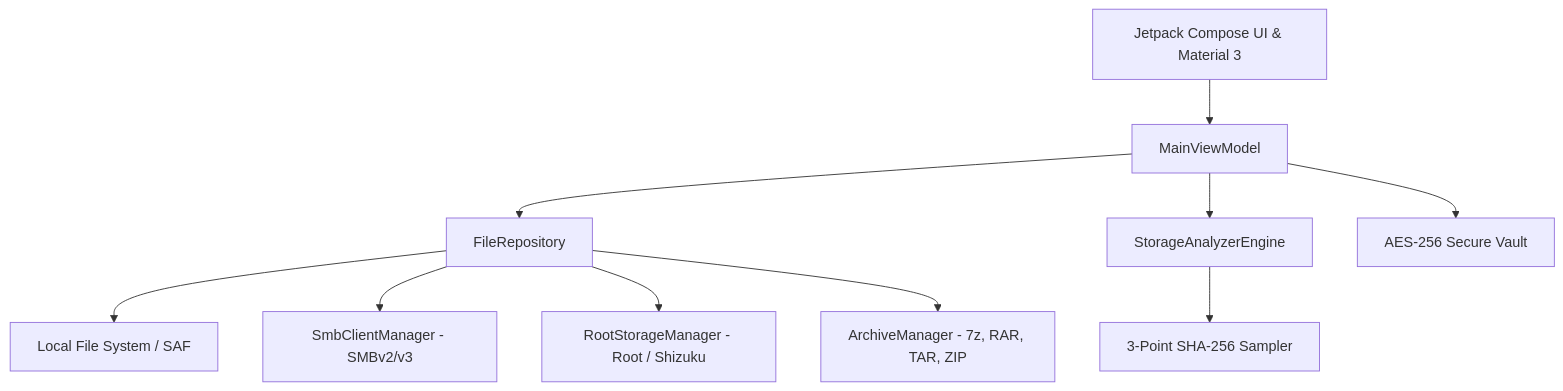
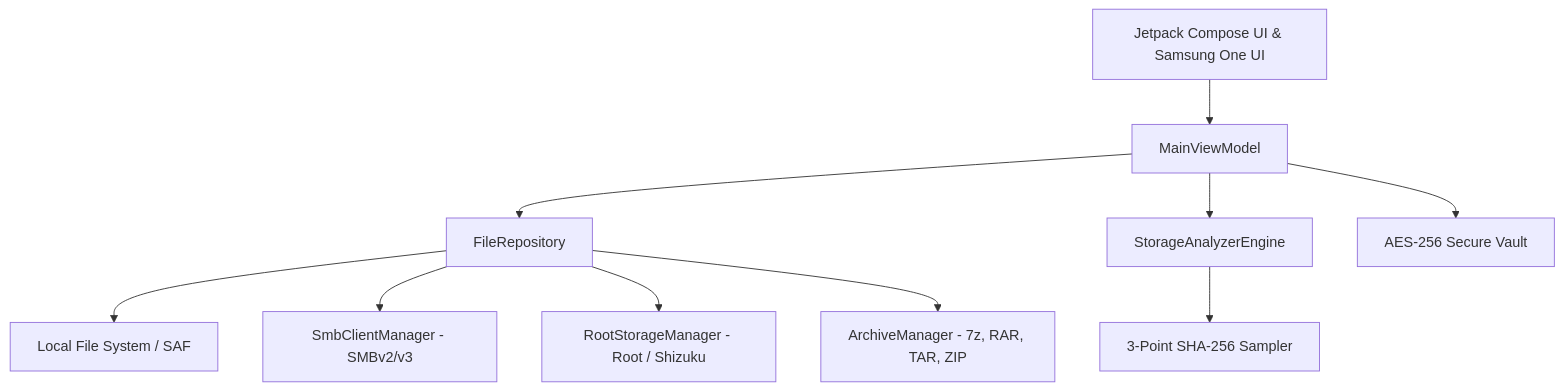
One commit to xan45/NovaFiles changed the diagram in README.md. Above: the diagram before and after it, drawn with Mermaid. The commit also changed other lines of this file and 5 other files, not shown here.

````diff
--- a/README.md
+++ b/README.md
@@ -58,14 +59,14 @@
 ```mermaid
 graph TD
-    UI[Jetpack Compose UI & Material 3] --> VM[MainViewModel]
+    UI[Jetpack Compose UI & Samsung One UI] --> VM[MainViewModel]
     VM --> Repo[FileRepository]
     VM --> Analyzer[StorageAnalyzerEngine]
     VM --> Vault[AES-256 Secure Vault]
 
     Repo --> Local[Local File System / SAF]
     Repo --> SMB[SmbClientManager - SMBv2/v3]
     Repo --> Root[RootStorageManager - Root / Shizuku]
     Repo --> Archive[ArchiveManager - 7z, RAR, TAR, ZIP]
 
     Analyzer --> SafeHash[3-Point SHA-256 Sampler]
 ```
````
